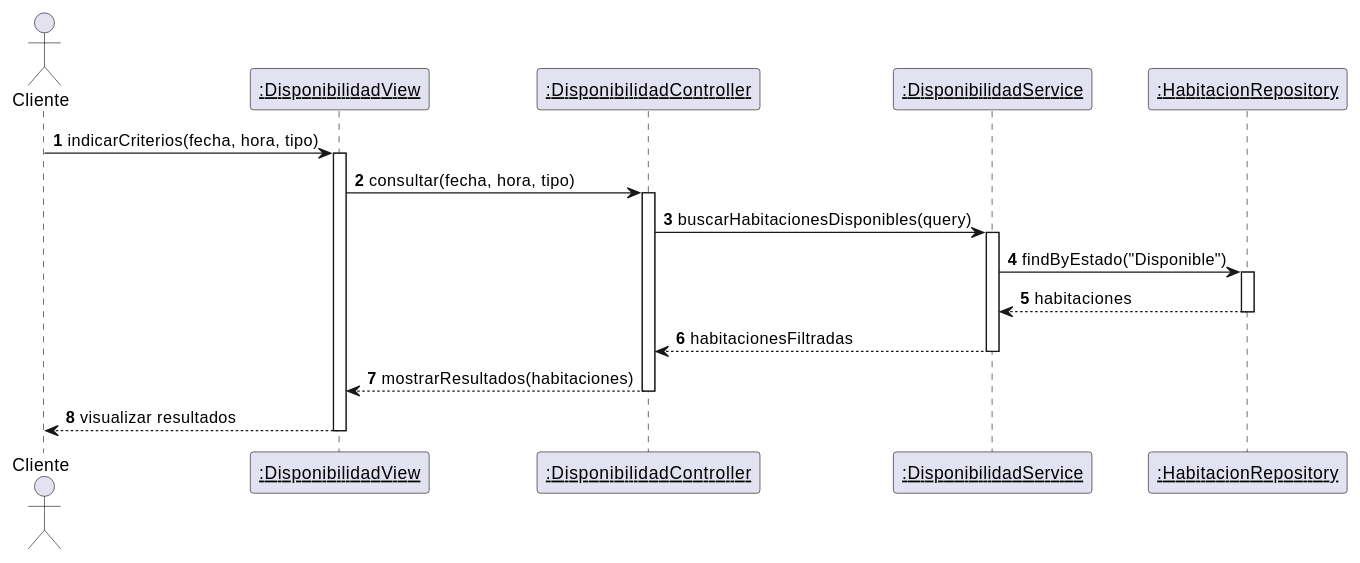
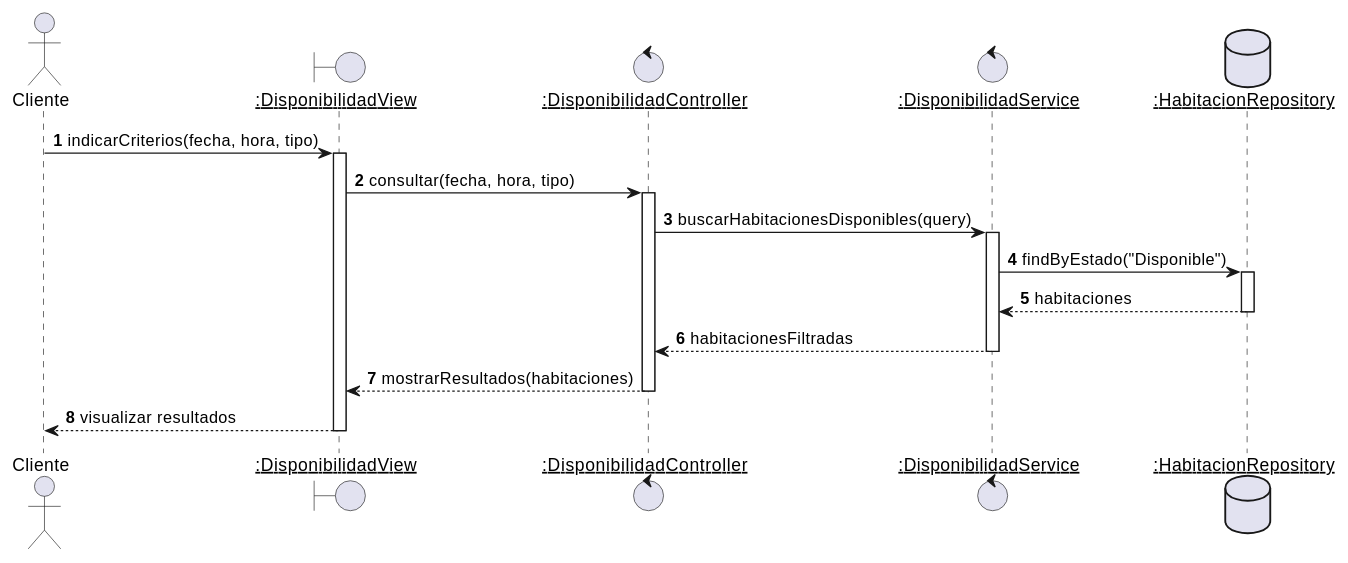
Before and after one commit to Tsmrain/GestionSistemas: the third of 36 diagrams in RefactorV4.md, drawn with PlantUML. The commit also changed other lines of this file, not shown here.

Commit message:
refactor: standardize plantuml diagrams using boundary, control, entity, and database stereotypes

````diff
--- a/RefactorV4.md
+++ b/RefactorV4.md
@@ -410,27 +410,27 @@
 ```plantuml
 @startuml
 autonumber
 actor Cliente
-participant "<u>:DisponibilidadView</u>" as View
-participant "<u>:DisponibilidadController</u>" as Ctrl
-participant "<u>:DisponibilidadService</u>" as Serv
-participant "<u>:HabitacionRepository</u>" as Repo
+boundary "<u>:DisponibilidadView</u>" as View
+control "<u>:DisponibilidadController</u>" as Ctrl
+control "<u>:DisponibilidadService</u>" as Serv
+database "<u>:HabitacionRepository</u>" as Repo
 
 Cliente -> View : indicarCriterios(fecha, hora, tipo)
 activate View
 View -> Ctrl : consultar(fecha, hora, tipo)
 activate Ctrl
 Ctrl -> Serv : buscarHabitacionesDisponibles(query)
 activate Serv
 Serv -> Repo : findByEstado("Disponible")
 activate Repo
 Repo --> Serv : habitaciones
 deactivate Repo
 Serv --> Ctrl : habitacionesFiltradas
 deactivate Serv
 Ctrl --> View : mostrarResultados(habitaciones)
 deactivate Ctrl
 View --> Cliente : visualizar resultados
 deactivate View
 @enduml
 ```
````
